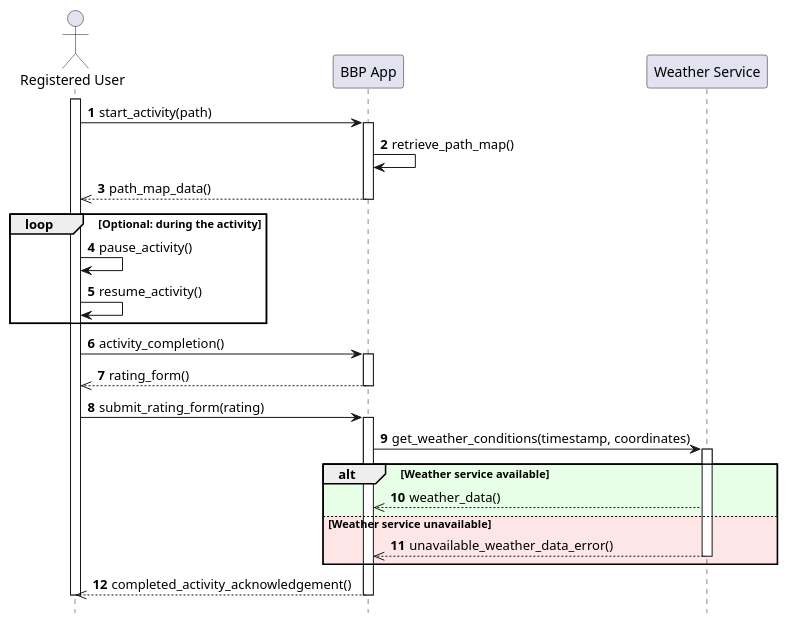
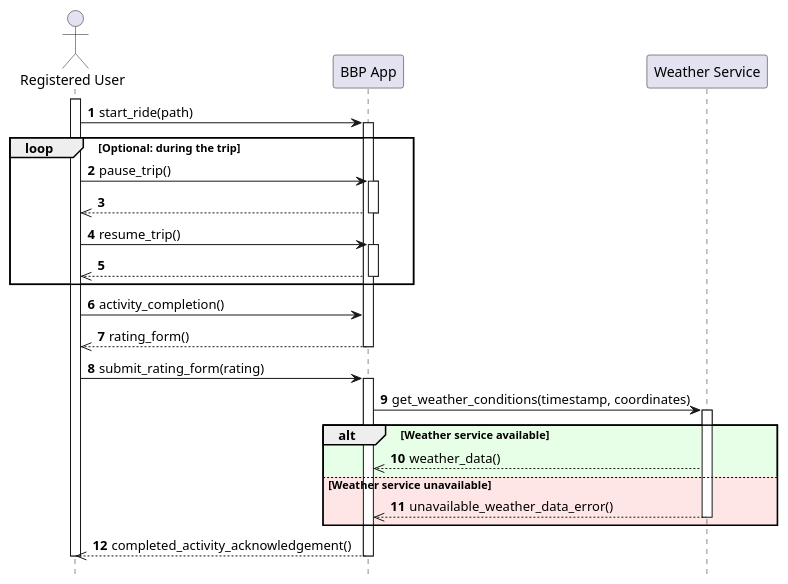
Before and after one commit to Guflie/PoliMi-SWE2-RDD-project: the diagram in diagrams/RASD/sequence diagram/UC9_sequence_diagram.puml, drawn with PlantUML. The commit also changed 19 other files, not shown here.

```diff
--- a/diagrams/RASD/sequence diagram/UC9_sequence_diagram.puml
+++ b/diagrams/RASD/sequence diagram/UC9_sequence_diagram.puml
@@ -1,44 +1,46 @@
 @startuml uc9_sequence_diagram
 hide footbox
 
 actor "Registered User" as User
 participant "BBP App" as App
 participant "Weather Service" as Weather
 
 autonumber
 
 activate User
 
-User -> App : start_activity(path)
+User -> App : start_ride(path)
 activate App
-App -> App : retrieve_path_map()
-App -->> User : path_map_data()
-deactivate App
 
-loop Optional: during the activity
-    User -> User : pause_activity()    
-    User -> User : resume_activity()
+loop Optional: during the trip
+    User -> App : pause_trip()
+    activate App
+    App -->> User
+    deactivate App
+    User -> App : resume_trip()
+    activate App
+    App -->> User
+    deactivate App
 end
 
 User -> App : activity_completion()
-activate App
 App -->> User : rating_form()
 deactivate App
 
 User -> App : submit_rating_form(rating)
 activate App
 App -> Weather : get_weather_conditions(timestamp, coordinates)
 activate Weather
 
 alt #e6ffe6 Weather service available
     Weather -->> App : weather_data()
 
 else #ffe6e6 Weather service unavailable
     Weather -->> App : unavailable_weather_data_error()
     deactivate Weather
 end
 App -->> User : completed_activity_acknowledgement()
 deactivate App
 
 deactivate User
 @enduml
```
